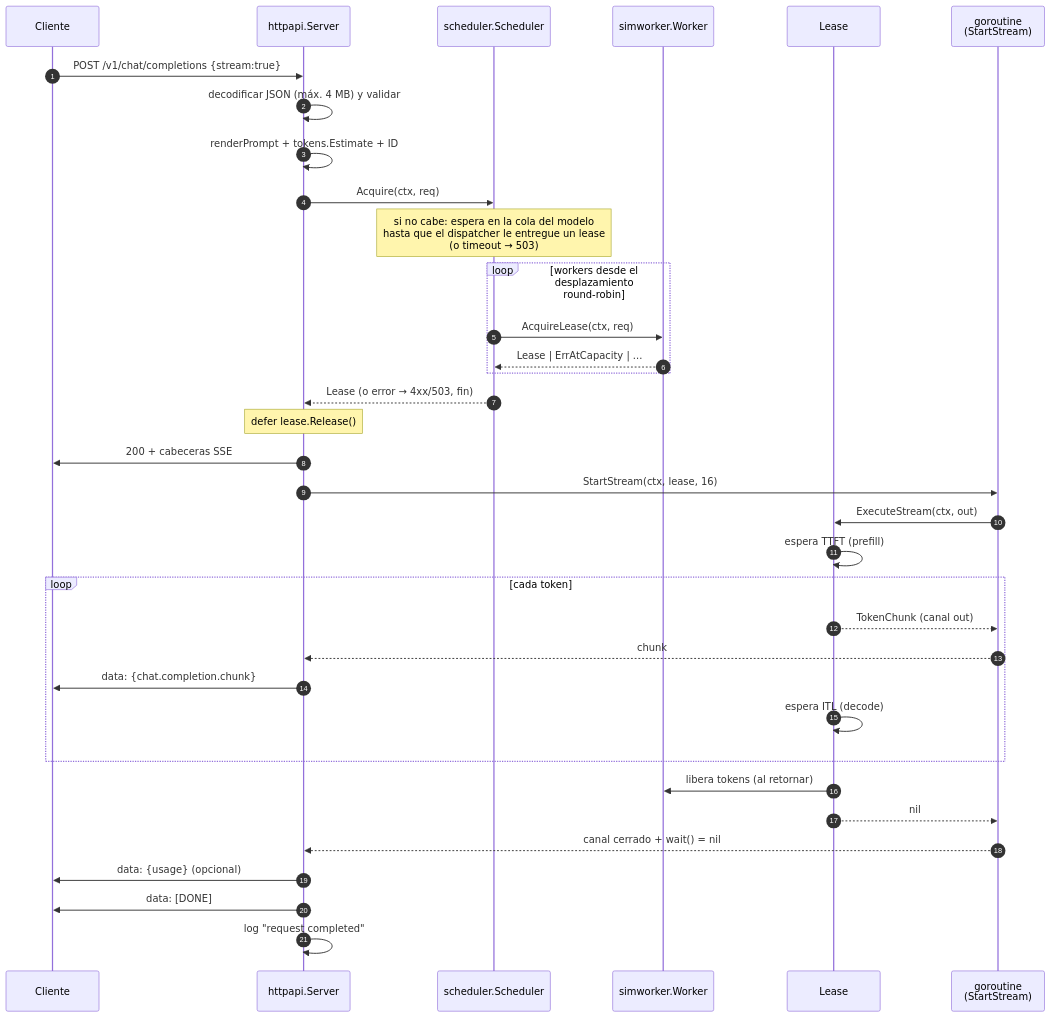
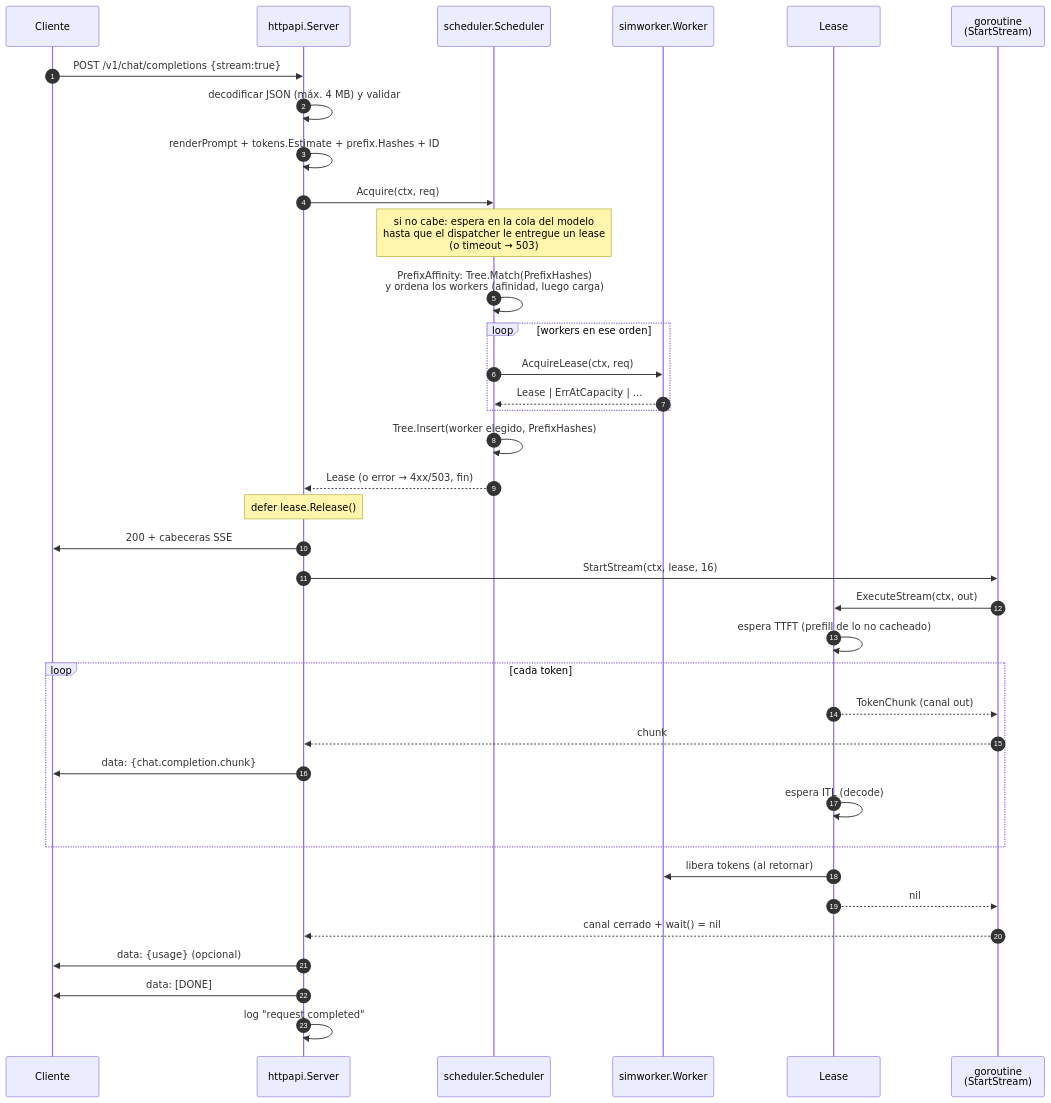
The first of 2 diagrams in docs/servicio/02-recorrido-de-una-peticion.md (esnchez/llm-inference-platform), drawn with Mermaid before and after one commit. The commit also changed other lines of this file and 26 other files, not shown here.

````diff
--- a/docs/servicio/02-recorrido-de-una-peticion.md
+++ b/docs/servicio/02-recorrido-de-una-peticion.md
@@ -7,38 +7,40 @@
 ```mermaid
 sequenceDiagram
     autonumber
     participant C as Cliente
     participant API as httpapi.Server
     participant P as scheduler.Scheduler
     participant W as simworker.Worker
     participant L as Lease
     participant G as goroutine<br/>(StartStream)
 
     C->>API: POST /v1/chat/completions {stream:true}
     API->>API: decodificar JSON (máx. 4 MB) y validar
-    API->>API: renderPrompt + tokens.Estimate + ID
+    API->>API: renderPrompt + tokens.Estimate + prefix.Hashes + ID
     API->>P: Acquire(ctx, req)
     Note over P: si no cabe: espera en la cola del modelo<br/>hasta que el dispatcher le entregue un lease<br/>(o timeout → 503)
-    loop workers desde el desplazamiento round-robin
+    P->>P: PrefixAffinity: Tree.Match(PrefixHashes)<br/>y ordena los workers (afinidad, luego carga)
+    loop workers en ese orden
         P->>W: AcquireLease(ctx, req)
         W-->>P: Lease | ErrAtCapacity | ...
     end
+    P->>P: Tree.Insert(worker elegido, PrefixHashes)
     P-->>API: Lease (o error → 4xx/503, fin)
     Note over API: defer lease.Release()
     API->>C: 200 + cabeceras SSE
     API->>G: StartStream(ctx, lease, 16)
     G->>L: ExecuteStream(ctx, out)
-    L->>L: espera TTFT (prefill)
+    L->>L: espera TTFT (prefill de lo no cacheado)
     loop cada token
         L-->>G: TokenChunk (canal out)
         G-->>API: chunk
         API->>C: data: {chat.completion.chunk}
         L->>L: espera ITL (decode)
     end
     L->>W: libera tokens (al retornar)
     L-->>G: nil
     G-->>API: canal cerrado + wait() = nil
     API->>C: data: {usage} (opcional)
     API->>C: data: [DONE]
     API->>API: log "request completed"
 ```
````
